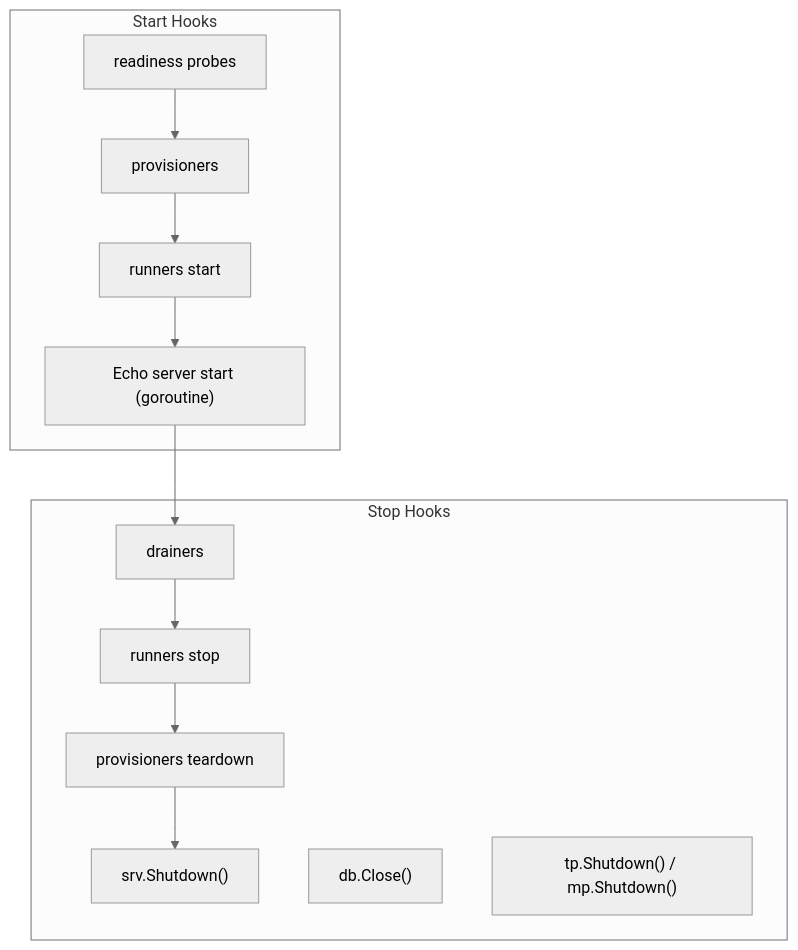
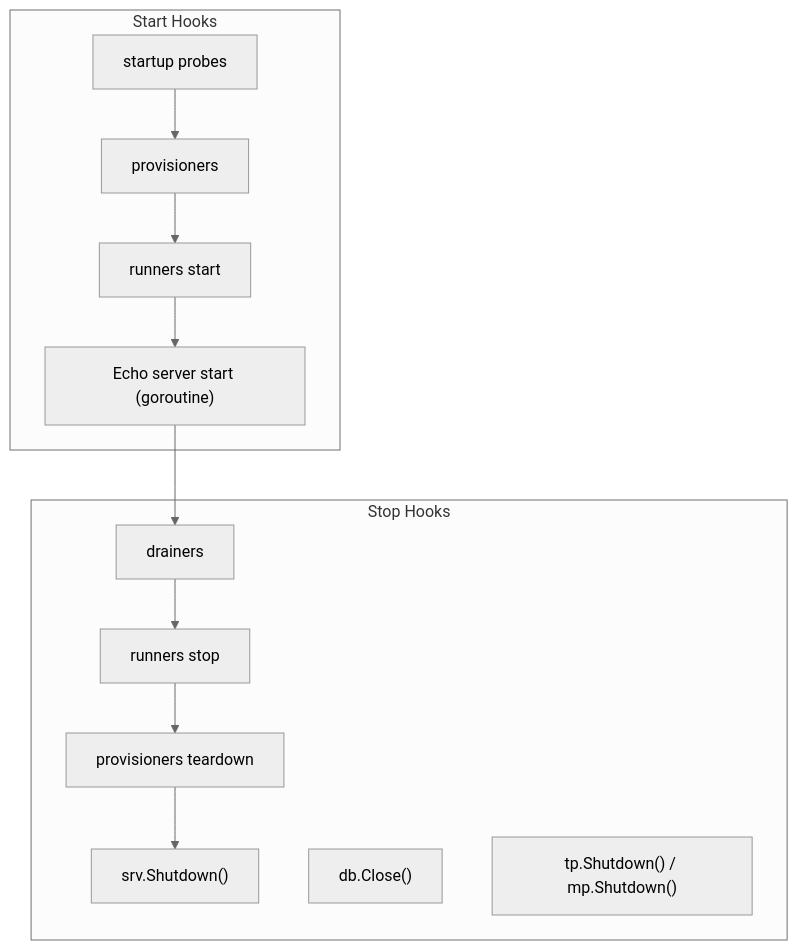
The diagram in internal/di/server/hook/README.md (Tomy-ch/go-boilerplate), drawn with Mermaid (neutral theme) before and after one commit. The commit also changed other lines of this file and 47 other files, not shown here.

````diff
--- a/internal/di/server/hook/README.md
+++ b/internal/di/server/hook/README.md
@@ -15,16 +15,16 @@
 ```mermaid
 flowchart TB
     subgraph "Start Hooks"
-        Probe["readiness probes"] --> Provision["provisioners"] --> RunStart["runners start"] --> HTTP["Echo server start (goroutine)"]
+        Probe["startup probes"] --> Provision["provisioners"] --> RunStart["runners start"] --> HTTP["Echo server start (goroutine)"]
     end
 
     subgraph "Stop Hooks"
         Drain["drainers"] --> RunStop["runners stop"] --> Teardown["provisioners teardown"] --> Shutdown["srv.Shutdown()"]
         DBClose["db.Close()"]
         O11yShutdown["tp.Shutdown() / mp.Shutdown()"]
     end
 
     HTTP --> Drain
     DBClose
     O11yShutdown
 ```
````
